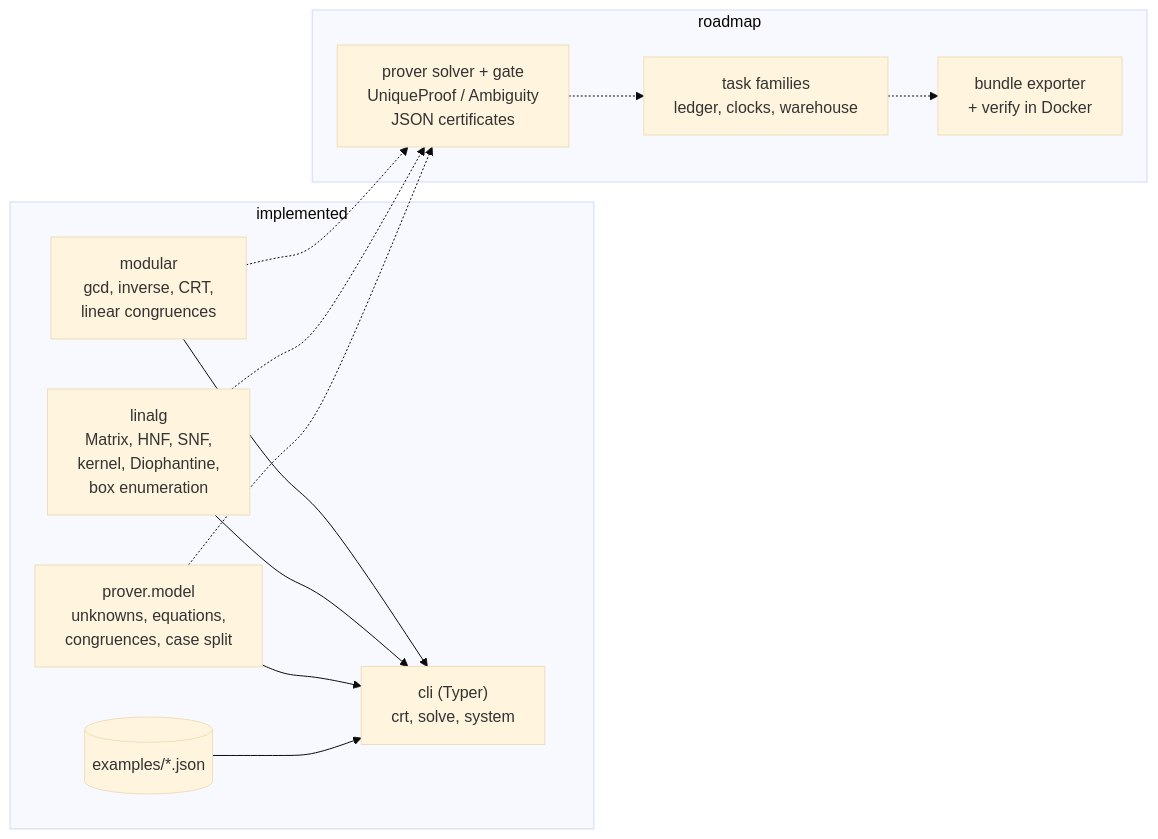
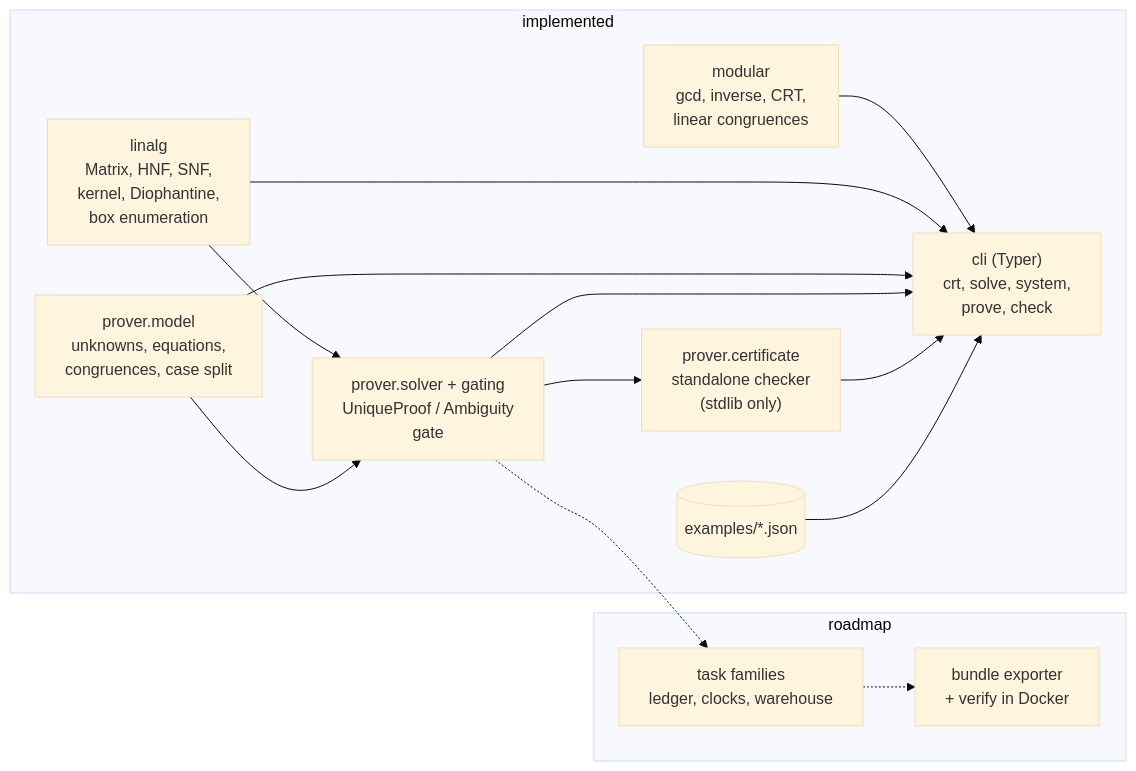
The diagram in README.md (vipul21435/trapforge), drawn with Mermaid (base theme) before and after one commit. The commit also changed other lines of this file and 1 other file, not shown here.

First line of the commit message:
docs: document the uniqueness prover, certificates and gate, and mark slice 3 done

````diff
--- a/README.md
+++ b/README.md
@@ -194,24 +283,27 @@
 ```mermaid
 flowchart LR
     subgraph today["implemented"]
         MOD["modular<br/>gcd, inverse, CRT,<br/>linear congruences"]
         LIN["linalg<br/>Matrix, HNF, SNF,<br/>kernel, Diophantine,<br/>box enumeration"]
         MODEL["prover.model<br/>unknowns, equations,<br/>congruences, case split"]
-        CLI["cli (Typer)<br/>crt, solve, system"]
+        SOLVER["prover.solver + gating<br/>UniqueProof / Ambiguity<br/>gate"]
+        CERT["prover.certificate<br/>standalone checker<br/>(stdlib only)"]
+        CLI["cli (Typer)<br/>crt, solve, system,<br/>prove, check"]
         EX[("examples/*.json")]
     end
     subgraph planned["roadmap"]
-        SOLVER["prover solver + gate<br/>UniqueProof / Ambiguity<br/>JSON certificates"]
         FAM["task families<br/>ledger, clocks, warehouse"]
         BUNDLE["bundle exporter<br/>+ verify in Docker"]
     end
     MOD --> CLI
     LIN --> CLI
     MODEL --> CLI
+    LIN --> SOLVER
+    MODEL --> SOLVER
+    SOLVER --> CERT
+    SOLVER --> CLI
+    CERT --> CLI
     EX --> CLI
-    MOD -.-> SOLVER
-    LIN -.-> SOLVER
-    MODEL -.-> SOLVER
     SOLVER -.-> FAM
     FAM -.-> BUNDLE
 ```
````
